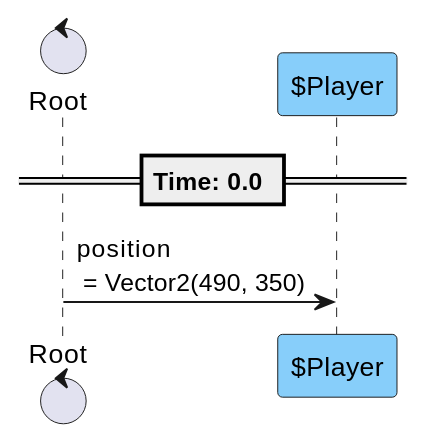
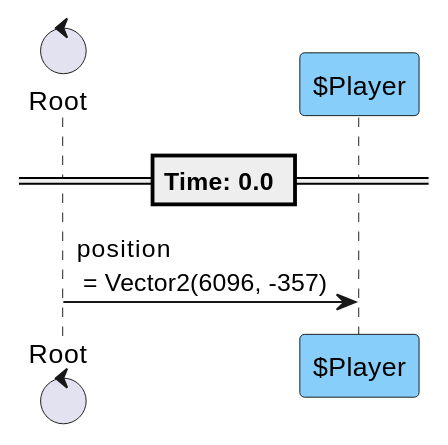
The second of 8 diagrams in content/scenes/src/chapters/0/stages/0/stage_0.tscn.adoc (tkmfujise/Platformer-Game-Learning), drawn with PlantUML before and after one commit. The commit also changed other lines of this file and 211 other files, not shown here.

```diff
--- a/content/scenes/src/chapters/0/stages/0/stage_0.tscn.adoc
+++ b/content/scenes/src/chapters/0/stages/0/stage_0.tscn.adoc
@@ -319,12 +306,12 @@
 [plantuml]
 ....
 control "Root" as R
 participant "$Player" as T0 #87CEFA
 
 
 
 == Time: 0.0 ==
-R  ->  T0 : position\n = Vector2(490, 350)
+R  ->  T0 : position\n = Vector2(6096, -357)
 
 
 ....
```
